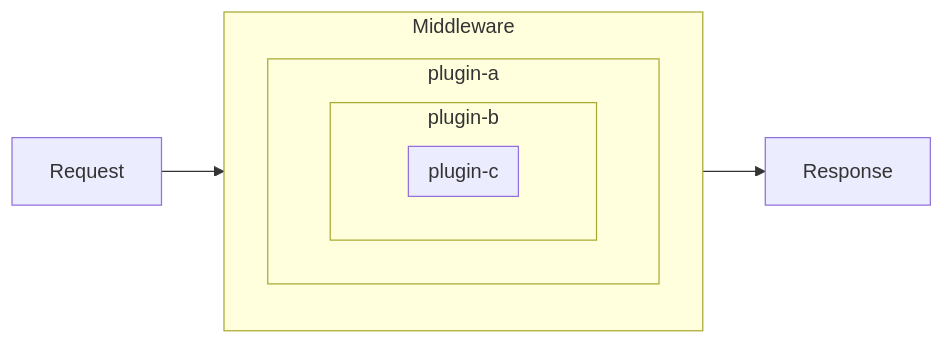
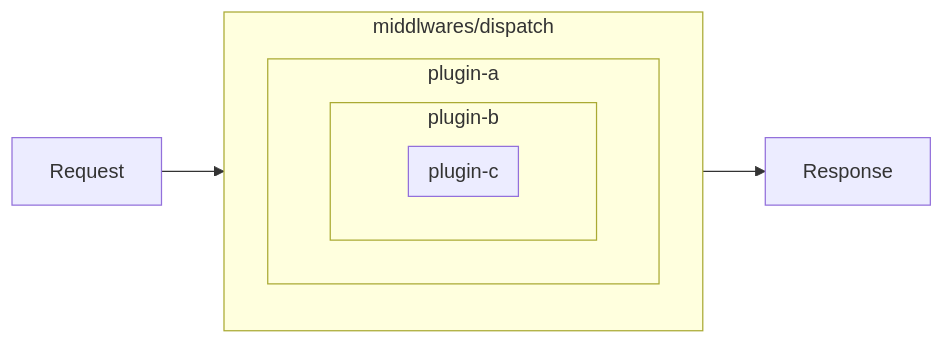
Before and after one commit to nnecec/nnecec.studio: the diagram in posts/library/plugin-system.md, drawn with Mermaid. The commit also changed 4 other files, not shown here.

````diff
--- a/posts/library/plugin-system.md
+++ b/posts/library/plugin-system.md
@@ -20,13 +20,13 @@
 ```mermaid
 flowchart LR
-  subgraph Middleware
+  subgraph Middleware[middlwares/dispatch]
     direction TB
     subgraph plugin-a
     subgraph plugin-b
     subgraph plugin-c
     end
     end
     end
   end
   Request --> Middleware --> Response
 ```
````
